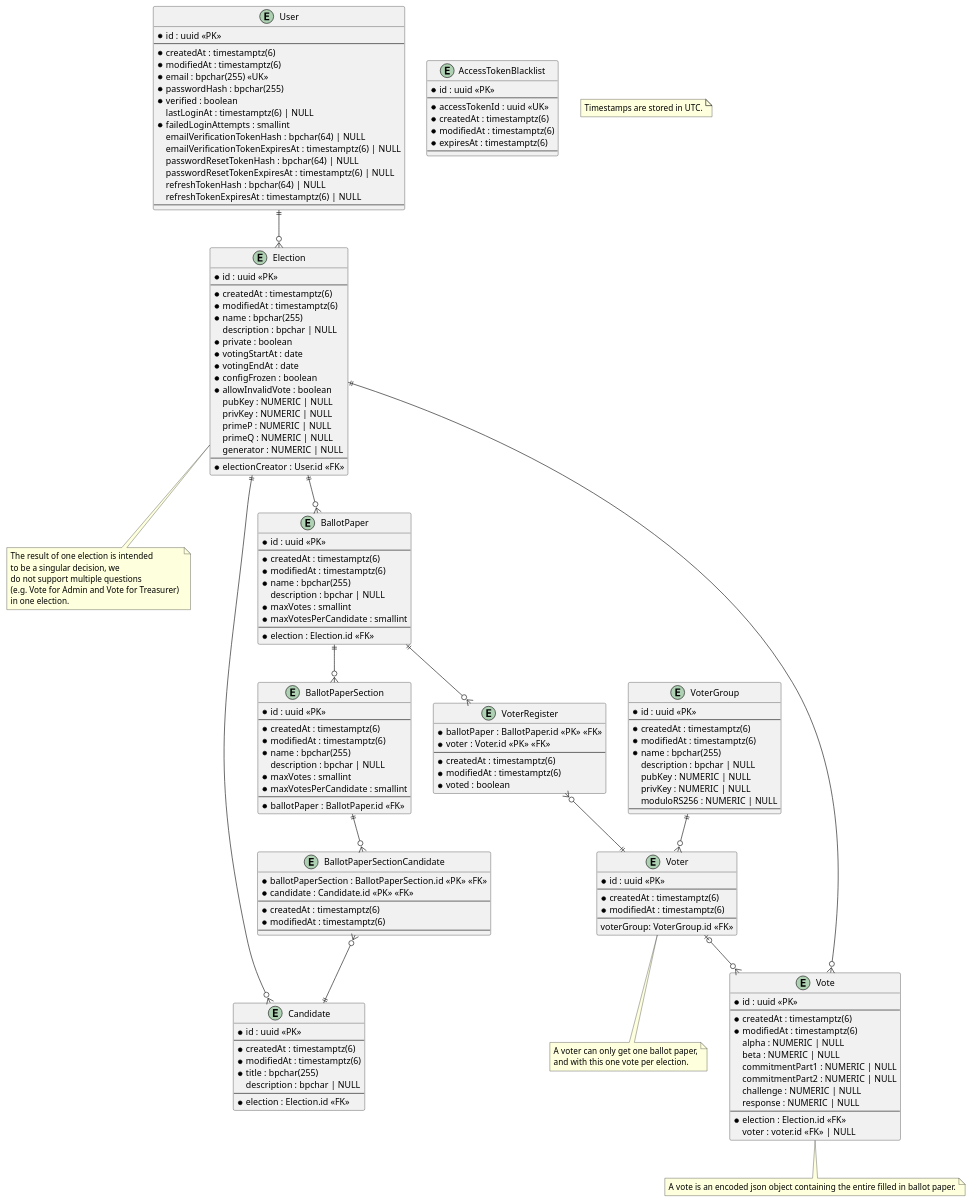
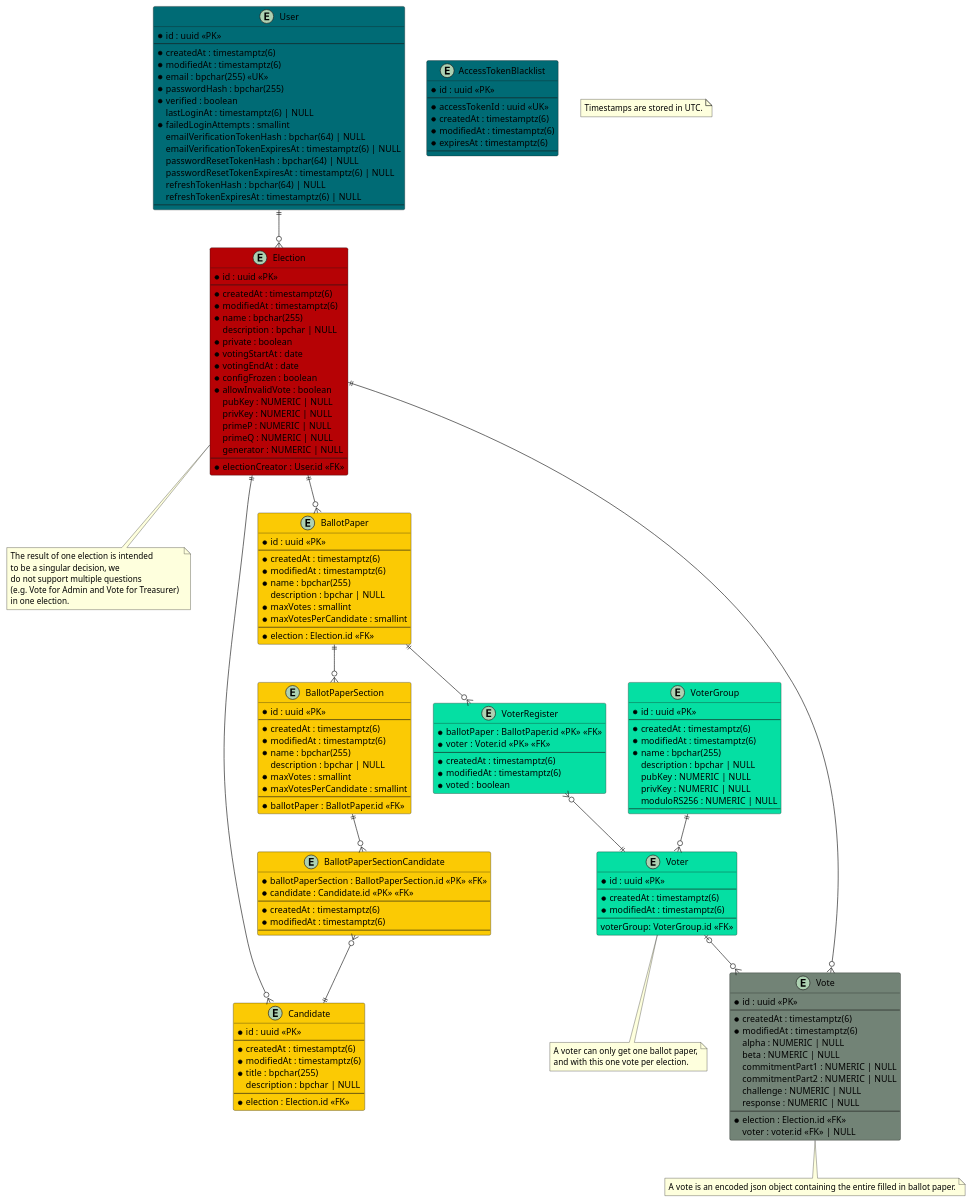
Before and after one commit to SE-UUlm/votura: the diagram in apps/docs/static/uml/dataModel.puml, drawn with PlantUML. The commit also changed 19 other files, not shown here.

Commit message:
Merge branch 'develop' into 116-oap-design-ballot-paper-api

```diff
--- a/apps/docs/static/uml/dataModel.puml
+++ b/apps/docs/static/uml/dataModel.puml
@@ -1,195 +1,198 @@
 @startuml dataModel
 
-entity "User" as user {
+' The color codes are representing the different epics in GitHub.
+' Same color codes as the used GitHub labels.
+
+entity "User" as user #006b75 {
     * id : uuid <<PK>>
     --
     * createdAt : timestamptz(6)
     * modifiedAt : timestamptz(6)
     * email : bpchar(255) <<UK>>
     * passwordHash : bpchar(255)
     * verified : boolean
     lastLoginAt : timestamptz(6) | NULL
     ' failed login attempts get reset on successful login
     * failedLoginAttempts : smallint
     emailVerificationTokenHash : bpchar(64) | NULL
     emailVerificationTokenExpiresAt : timestamptz(6) | NULL
     passwordResetTokenHash : bpchar(64) | NULL
     passwordResetTokenExpiresAt : timestamptz(6) | NULL
     refreshTokenHash : bpchar(64) | NULL
     refreshTokenExpiresAt : timestamptz(6) | NULL
     --
 }
 
-entity "AccessTokenBlacklist" as jwtBlacklist {
+entity "AccessTokenBlacklist" as jwtBlacklist #006b75 {
     ' this table is used to store blacklisted access tokens
     ' The jti is 36 characters long if we use UUIDv4
     * id : uuid <<PK>>
     --
     * accessTokenId : uuid <<UK>>
     * createdAt : timestamptz(6)
     * modifiedAt : timestamptz(6)
     * expiresAt : timestamptz(6)
     --
 }
 
-entity "Election" as elections {
+entity "Election" as elections #b60205 {
     * id : uuid <<PK>>
     --
     * createdAt : timestamptz(6)
     * modifiedAt : timestamptz(6)
     * name : bpchar(255)
     description : bpchar | NULL
     * private : boolean
     * votingStartAt : date
     * votingEndAt : date
     * configFrozen : boolean
     * allowInvalidVote : boolean
     ' Is there a use case for `votesCounted`?
     ' * votesCounted : boolean
     ' Computed values such as validVotes and invalidVotes are critical - do we really want to store them?
     ' validVotes : integer | NULL
     ' invalidVotes : integer | NULL
     pubKey : NUMERIC | NULL
     privKey : NUMERIC | NULL
     primeP : NUMERIC | NULL
     primeQ : NUMERIC | NULL
     generator : NUMERIC | NULL
     --
     * electionCreator : User.id <<FK>>
 }
 
 note as N2
 The result of one election is intended 
 to be a singular decision, we 
 do not support multiple questions 
 (e.g. Vote for Admin and Vote for Treasurer) 
 in one election.
 end note
 
-entity "BallotPaper" as ballotPapers {
+entity "BallotPaper" as ballotPapers #fbca04 {
     * id : uuid <<PK>>
     --
     * createdAt : timestamptz(6)
     * modifiedAt : timestamptz(6)
     * name : bpchar(255)
     description : bpchar | NULL
     * maxVotes : smallint
     * maxVotesPerCandidate : smallint
     --
     * election : Election.id <<FK>>
 }
 
-entity "BallotPaperSection" as ballotPaperSections {
+entity "BallotPaperSection" as ballotPaperSections #fbca04 {
     * id : uuid <<PK>>
     --
     * createdAt : timestamptz(6)
     * modifiedAt : timestamptz(6)
     * name : bpchar(255)
     description : bpchar | NULL
     * maxVotes : smallint
     * maxVotesPerCandidate : smallint
     --
     * ballotPaper : BallotPaper.id <<FK>>
 }
 ' note as C_2
 ' If at least two ballotPaperSections are created for one ballotPaper, 
 ' the name field of the ballotPaperSections is mandatory.
 ' end note
 
-entity "BallotPaperSectionCandidate" as ballotPaperSectionCandidates {
+entity "BallotPaperSectionCandidate" as ballotPaperSectionCandidates #fbca04 {
     * ballotPaperSection : BallotPaperSection.id <<PK>> <<FK>>
     * candidate : Candidate.id <<PK>> <<FK>>
     --
     * createdAt : timestamptz(6)
     * modifiedAt : timestamptz(6)
     --
 }
 
-entity "Candidate" as candidates {
+entity "Candidate" as candidates #fbca04 {
     * id : uuid <<PK>>
     --
     * createdAt : timestamptz(6)
     * modifiedAt : timestamptz(6)
     * title : bpchar(255)
     description : bpchar | NULL
     --
     * election : Election.id <<FK>>
 }
 
-entity "Vote" as votes {
+entity "Vote" as votes #728376 {
     * id : uuid <<PK>>
     --
     * createdAt : timestamptz(6)
     * modifiedAt : timestamptz(6)
     alpha : NUMERIC | NULL
     beta : NUMERIC | NULL
     commitmentPart1 : NUMERIC | NULL
     commitmentPart2 : NUMERIC | NULL
     challenge : NUMERIC | NULL
     response : NUMERIC | NULL
     --
     * election : Election.id <<FK>>
     ' if the vote isn't secret, voter can be saved
     voter : voter.id <<FK>> | NULL
 }
 note as N4
 A vote is an encoded json object containing the entire filled in ballot paper.
 end note
 
-entity "VoterRegister" as voterRegisters {
+entity "VoterRegister" as voterRegisters #05DFA3 {
     * ballotPaper : BallotPaper.id <<PK>> <<FK>>
     * voter : Voter.id <<PK>> <<FK>>
     --
     * createdAt : timestamptz(6)
     * modifiedAt : timestamptz(6)
     * voted : boolean
 }
 
-entity "Voter" as voters {
+entity "Voter" as voters #05DFA3 {
     * id : uuid <<PK>>
     --
     * createdAt : timestamptz(6)
     * modifiedAt : timestamptz(6)
     --
     voterGroup: VoterGroup.id <<FK>>
 }
 note as N3
 A voter can only get one ballot paper,
 and with this one vote per election.
 end note
 
-entity "VoterGroup" as voterGroups {
+entity "VoterGroup" as voterGroups #05DFA3 {
     * id : uuid <<PK>>
     --
     * createdAt : timestamptz(6)
     * modifiedAt : timestamptz(6)
     * name : bpchar(255)
     description : bpchar | NULL
     pubKey : NUMERIC | NULL
     privKey : NUMERIC | NULL
     moduloRS256 : NUMERIC | NULL
     --
 }
 
 note as N1
 Timestamps are stored in UTC.
 end note
 
 user ||--o{ elections
 elections ||--o{ ballotPapers
 elections -- N2
 elections ||--o{ candidates
 ballotPapers ||--o{ voterRegisters
 voterRegisters }o--|| voters
 ballotPapers ||--o{ ballotPaperSections
 ' ballotPaperSections -- C_2
 ballotPaperSections ||--o{ ballotPaperSectionCandidates
 ballotPaperSectionCandidates }o--|| candidates
 votes }o--|| elections
 voters |o--o{ votes
 voterGroups ||--o{ voters
 voters -- N3
 votes -- N4
 
 
 @enduml
```
